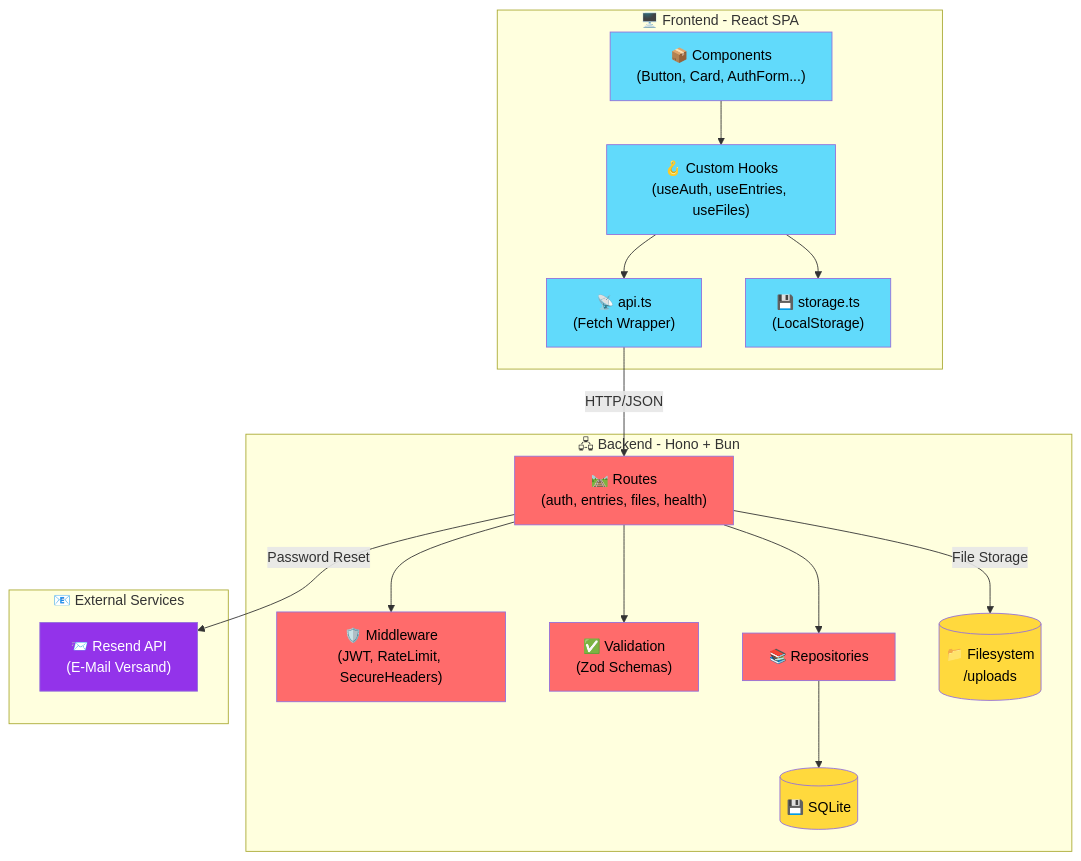
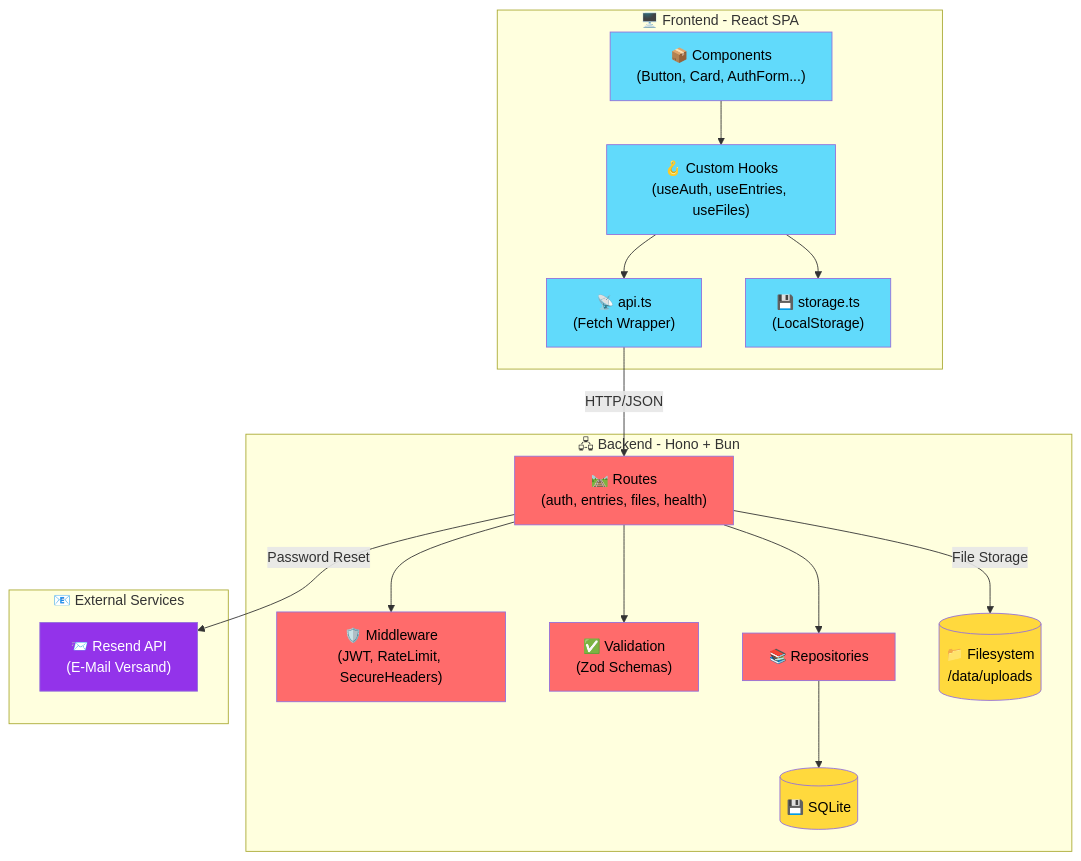
Before and after one commit to nilsreich/hono_Test: the sixth of 8 diagrams in README.md, drawn with Mermaid. The commit also changed other lines of this file and 46 other files, not shown here.

````diff
--- a/README.md
+++ b/README.md
@@ -568,45 +621,45 @@
 ```mermaid
 graph TB
     subgraph "🖥️ Frontend - React SPA"
         UI["📦 Components<br/>(Button, Card, AuthForm...)"]
         Hooks["🪝 Custom Hooks<br/>(useAuth, useEntries, useFiles)"]
         APIClient["📡 api.ts<br/>(Fetch Wrapper)"]
         Storage["💾 storage.ts<br/>(LocalStorage)"]
     end
     
     subgraph "🖧 Backend - Hono + Bun"
         Routes["🛤️ Routes<br/>(auth, entries, files, health)"]
         MW["🛡️ Middleware<br/>(JWT, RateLimit, SecureHeaders)"]
         Val["✅ Validation<br/>(Zod Schemas)"]
         Repo["📚 Repositories"]
         DB[("💾 SQLite")]
-        FS[("📁 Filesystem<br/>/uploads")]
+        FS[("📁 Filesystem<br/>/data/uploads")]
     end
     
     subgraph "📧 External Services"
         Resend["📨 Resend API<br/>(E-Mail Versand)"]
     end
     
     UI --> Hooks
     Hooks --> APIClient
     Hooks --> Storage
     APIClient -->|"HTTP/JSON"| Routes
     Routes --> MW
     Routes --> Val
     Routes --> Repo
     Routes -->|"Password Reset"| Resend
     Repo --> DB
     Routes -->|"File Storage"| FS
     
     style UI fill:#61dafb,color:#000
     style Hooks fill:#61dafb,color:#000
     style APIClient fill:#61dafb,color:#000
     style Storage fill:#61dafb,color:#000
     style Routes fill:#ff6b6b,color:#000
     style MW fill:#ff6b6b,color:#000
     style Val fill:#ff6b6b,color:#000
     style Repo fill:#ff6b6b,color:#000
     style DB fill:#ffd93d,color:#000
     style FS fill:#ffd93d,color:#000
     style Resend fill:#9333ea,color:#fff
 ```
````
